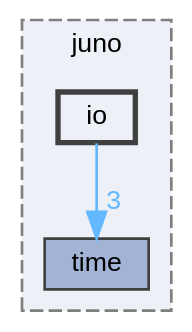
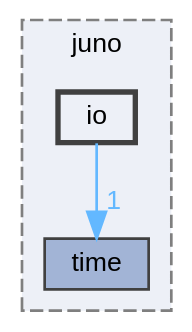
Before and after one commit to robinonsay/libjuno: the diagram in dir_2214acb517c776811661c93fb7ef90d4_dep.dot, drawn with Graphviz. The commit also changed 847 other files, not shown here.

```diff
--- a/dir_2214acb517c776811661c93fb7ef90d4_dep.dot
+++ b/dir_2214acb517c776811661c93fb7ef90d4_dep.dot
@@ -1,14 +1,14 @@
 digraph "/home/runner/work/libjuno/libjuno/include/juno/io"
 {
  // LATEX_PDF_SIZE
   bgcolor="transparent";
   edge [fontname=Helvetica,fontsize=10,labelfontname=Helvetica,labelfontsize=10];
   node [fontname=Helvetica,fontsize=10,shape=box,height=0.2,width=0.4];
   compound=true
   subgraph clusterdir_366da5caa8e7ec3e54d94764b6f022bc {
     graph [ bgcolor="#edf0f7", pencolor="grey50", label="juno", fontname=Helvetica,fontsize=10 style="filled,dashed", URL="dir_366da5caa8e7ec3e54d94764b6f022bc.html",tooltip=""]
   dir_f7826cb483c41652a57f47c29e86de5a [label="time", fillcolor="#a2b4d6", color="grey25", style="filled", URL="dir_f7826cb483c41652a57f47c29e86de5a.html",tooltip=""];
   dir_2214acb517c776811661c93fb7ef90d4 [label="io", fillcolor="#edf0f7", color="grey25", style="filled,bold", URL="dir_2214acb517c776811661c93fb7ef90d4.html",tooltip=""];
   }
-  dir_2214acb517c776811661c93fb7ef90d4->dir_f7826cb483c41652a57f47c29e86de5a [headlabel="3", labeldistance=1.5 headhref="dir_000006_000017.html" href="dir_000006_000017.html" color="steelblue1" fontcolor="steelblue1"];
+  dir_2214acb517c776811661c93fb7ef90d4->dir_f7826cb483c41652a57f47c29e86de5a [headlabel="1", labeldistance=1.5 headhref="dir_000012_000026.html" href="dir_000012_000026.html" color="steelblue1" fontcolor="steelblue1"];
 }
```
